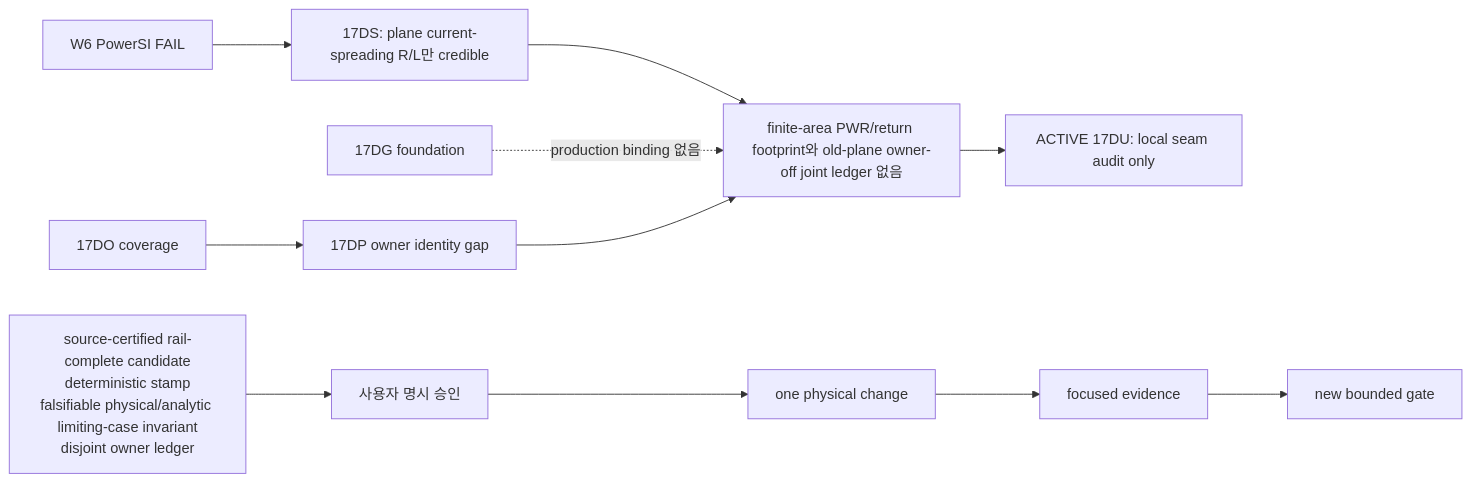
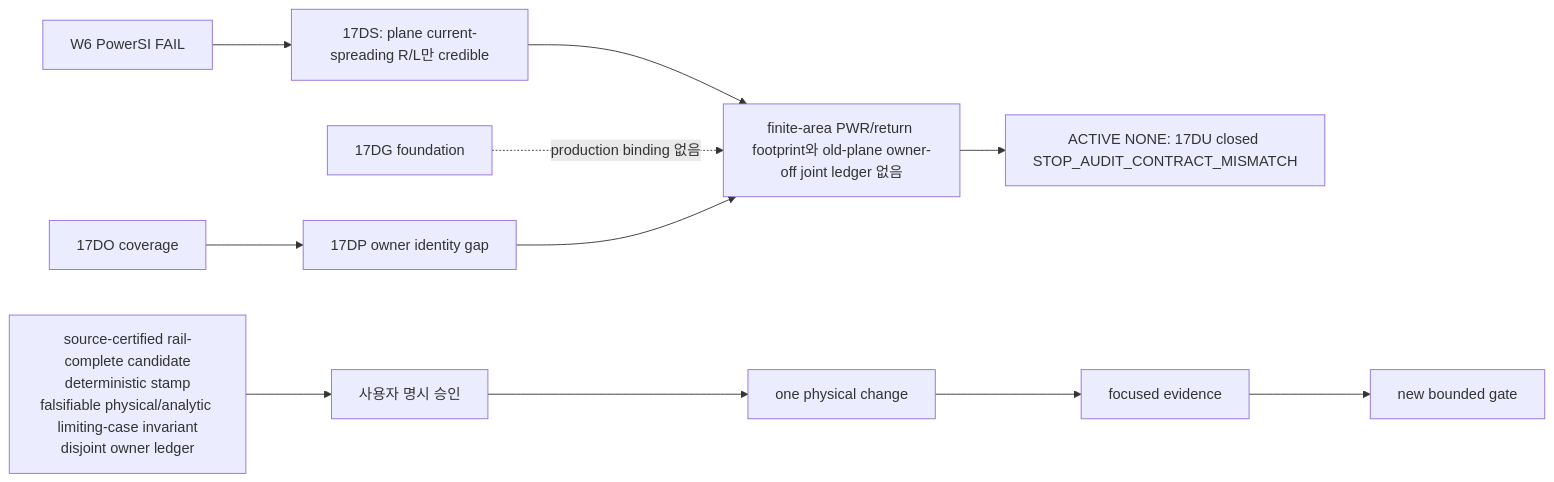
The diagram in docs/WORK_EXECUTION_BASELINE.md (yunhyok/spd-decap-pi-evaluator), drawn with Mermaid before and after one commit. The commit also changed other lines of this file and 1 other file, not shown here.

Commit message:
docs: close 17du contract mismatch audit

````diff
--- a/docs/WORK_EXECUTION_BASELINE.md
+++ b/docs/WORK_EXECUTION_BASELINE.md
@@ -553,13 +560,13 @@
 ```mermaid
 flowchart LR
   A[W6 PowerSI FAIL] --> B[17DS: plane current-spreading R/L만 credible]
   B --> C[finite-area PWR/return footprint와 old-plane owner-off joint ledger 없음]
   D[17DG foundation] -. production binding 없음 .-> C
   E[17DO coverage] --> F[17DP owner identity gap]
   F --> C
-  C --> G[ACTIVE 17DU: local seam audit only]
+  C --> G[ACTIVE NONE: 17DU closed STOP_AUDIT_CONTRACT_MISMATCH]
   H[source-certified rail-complete candidate<br/>deterministic stamp<br/>falsifiable physical/analytic limiting-case invariant<br/>disjoint owner ledger] --> I[사용자 명시 승인]
   I --> J[one physical change]
   J --> K[focused evidence]
   K --> L[new bounded gate]
 ```
````
